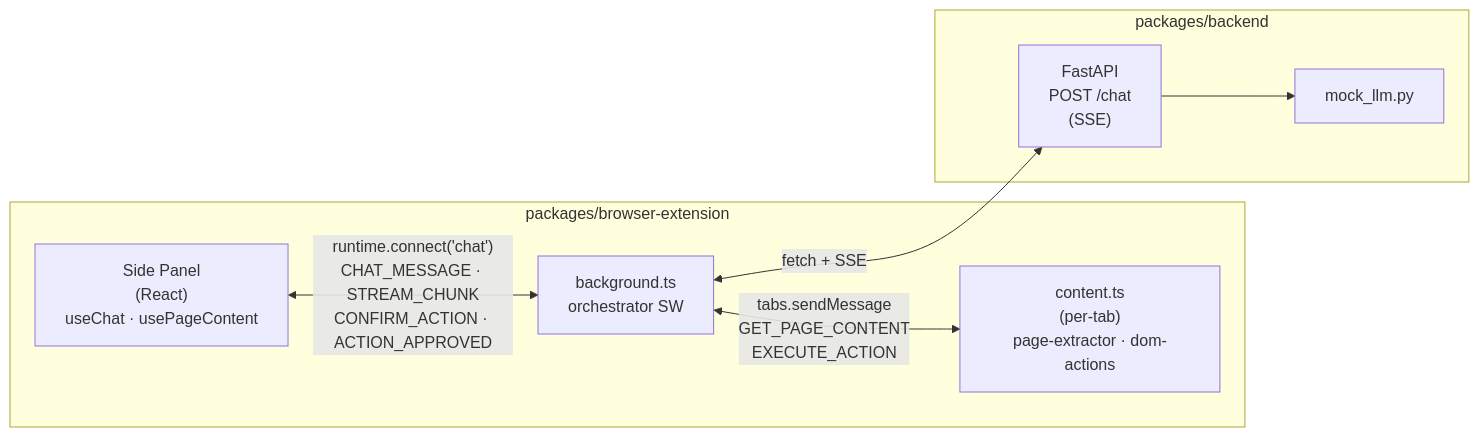
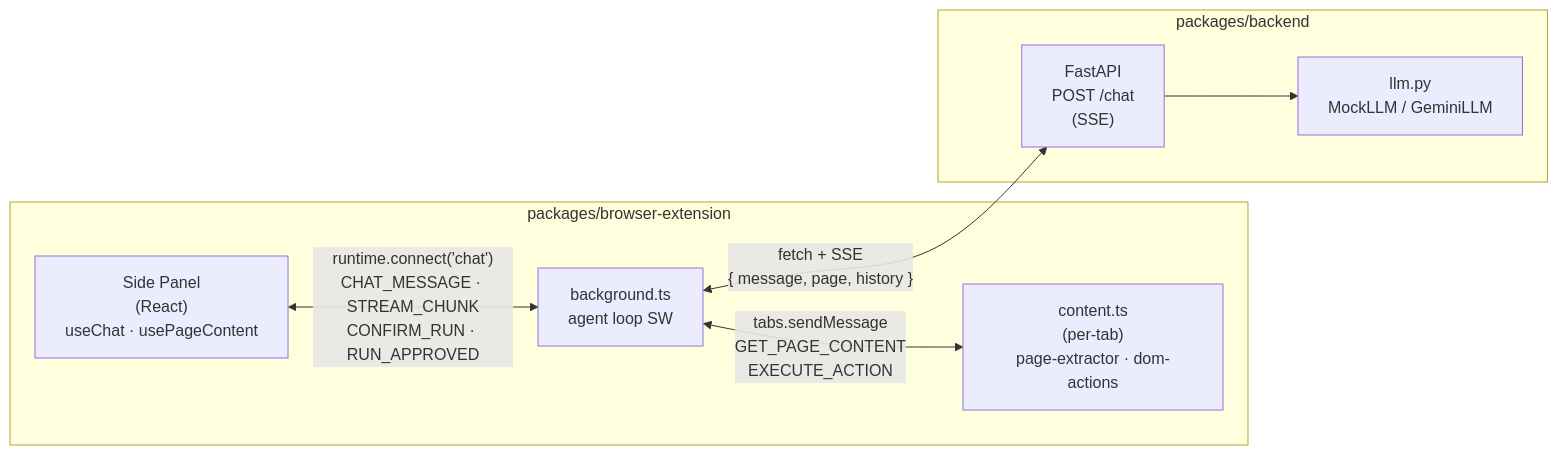
Before and after one commit to Milan-Uy/AI-Browser: the diagram in STRUCTURE.md, drawn with Mermaid. The commit also changed other lines of this file and 16 other files, not shown here.

First line of the commit message:
feat: multi-step agent loop with confirm-once UX

````diff
--- a/STRUCTURE.md
+++ b/STRUCTURE.md
@@ -154,18 +157,18 @@
 ```mermaid
 flowchart LR
     subgraph Extension["packages/browser-extension"]
         SP["Side Panel<br/>(React)<br/>useChat · usePageContent"]
-        BG["background.ts<br/>orchestrator SW"]
+        BG["background.ts<br/>agent loop SW"]
         CS["content.ts<br/>(per-tab)<br/>page-extractor · dom-actions"]
     end
 
     subgraph Backend["packages/backend"]
         API["FastAPI<br/>POST /chat<br/>(SSE)"]
-        LLM["mock_llm.py"]
+        LLM["llm.py<br/>MockLLM / GeminiLLM"]
         API --> LLM
     end
 
-    SP <-- "runtime.connect('chat')<br/>CHAT_MESSAGE · STREAM_CHUNK<br/>CONFIRM_ACTION · ACTION_APPROVED" --> BG
+    SP <-- "runtime.connect('chat')<br/>CHAT_MESSAGE · STREAM_CHUNK<br/>CONFIRM_RUN · RUN_APPROVED" --> BG
     BG <-- "tabs.sendMessage<br/>GET_PAGE_CONTENT<br/>EXECUTE_ACTION" --> CS
-    BG <-- "fetch + SSE" --> API
+    BG <-- "fetch + SSE<br/>{ message, page, history }" --> API
 ```
````
